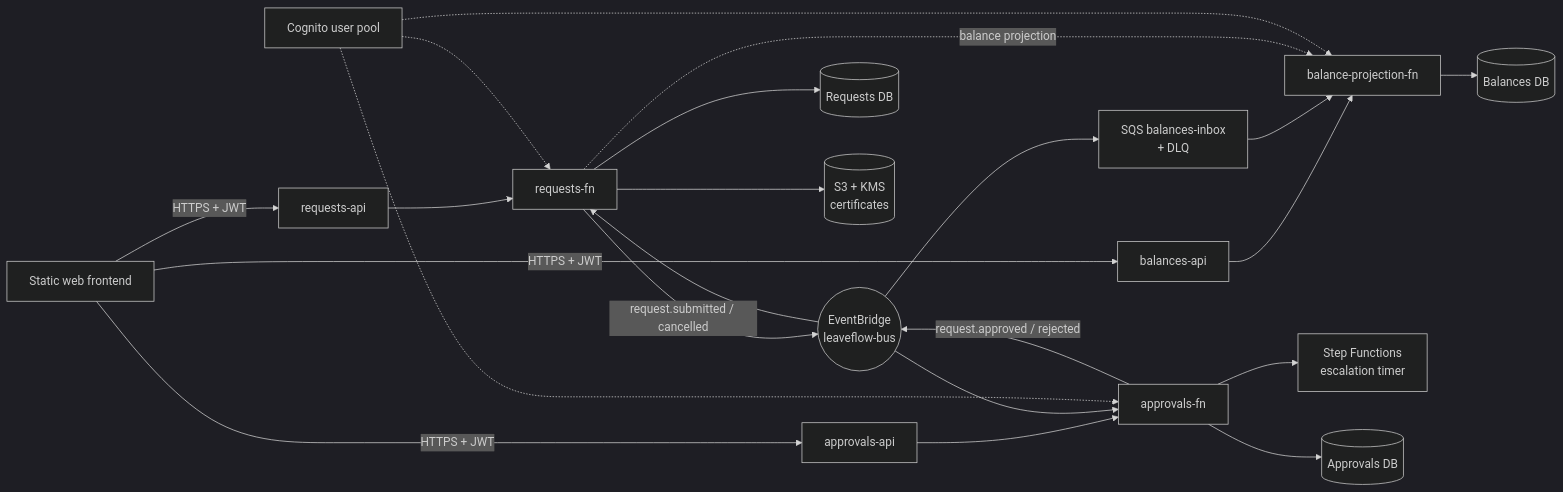
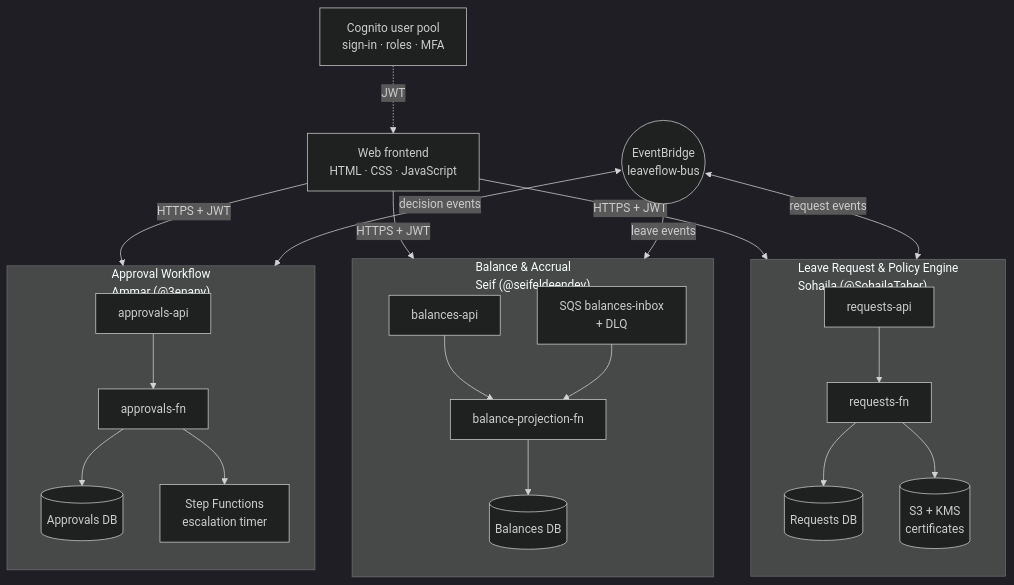
One commit to seifeldeendev/LeaveFlow changed the diagram in README.md. Above: the diagram before and after it, drawn with Mermaid (dark theme). The commit also changed other lines of this file, not shown here.

Commit message:
README: show the backend as three owned services in the architecture diagram

````diff
--- a/README.md
+++ b/README.md
@@ -74,26 +74,36 @@
 ```mermaid
-flowchart LR
-    UI[Static web frontend] -->|HTTPS + JWT| RA[requests-api]
-    UI -->|HTTPS + JWT| AA[approvals-api]
-    UI -->|HTTPS + JWT| BA[balances-api]
+flowchart TB
+    UI["Web frontend<br/>HTML · CSS · JavaScript"]
+    BUS(("EventBridge<br/>leaveflow-bus"))
+    COG["Cognito user pool<br/>sign-in · roles · MFA"]
 
-    RA --> RF[requests-fn]
-    AA --> AF[approvals-fn]
-    BA --> BF[balance-projection-fn]
+    subgraph REQ["Leave Request & Policy Engine<br/>Sohaila (@SohailaTaher)"]
+        direction TB
+        RA["requests-api"] --> RF["requests-fn"]
+        RF --> DB1[("Requests DB")]
+        RF --> S3[("S3 + KMS<br/>certificates")]
+    end
 
-    RF -->|request.submitted / cancelled| BUS((EventBridge<br/>leaveflow-bus))
-    AF -->|request.approved / rejected| BUS
-    BUS --> AF
-    BUS --> RF
-    BUS --> Q[SQS balances-inbox<br/>+ DLQ] --> BF
+    subgraph BAL["Balance & Accrual<br/>Seif (@seifeldeendev)"]
+        direction TB
+        BA["balances-api"] --> BF["balance-projection-fn"]
+        Q["SQS balances-inbox<br/>+ DLQ"] --> BF
+        BF --> DB3[("Balances DB")]
+    end
 
-    RF -. balance projection .-> BF
-    AF --> SF[Step Functions<br/>escalation timer]
+    subgraph APR["Approval Workflow<br/>Ammar (@3enany)"]
+        direction TB
+        AA["approvals-api"] --> AF["approvals-fn"]
+        AF --> DB2[("Approvals DB")]
+        AF --> SF["Step Functions<br/>escalation timer"]
+    end
 
-    RF --> DB1[(Requests DB)]
-    AF --> DB2[(Approvals DB)]
-    BF --> DB3[(Balances DB)]
+    COG -. "JWT" .-> UI
+    UI -->|HTTPS + JWT| RA
+    UI -->|HTTPS + JWT| BA
+    UI -->|HTTPS + JWT| AA
 
-    RF --> S3[(S3 + KMS<br/>certificates)]
-    COG[Cognito user pool] -.-> RF & AF & BF
+    BUS <-->|"request events"| RF
+    BUS <-->|"decision events"| AF
+    BUS -->|"leave events"| Q
 ```
````
